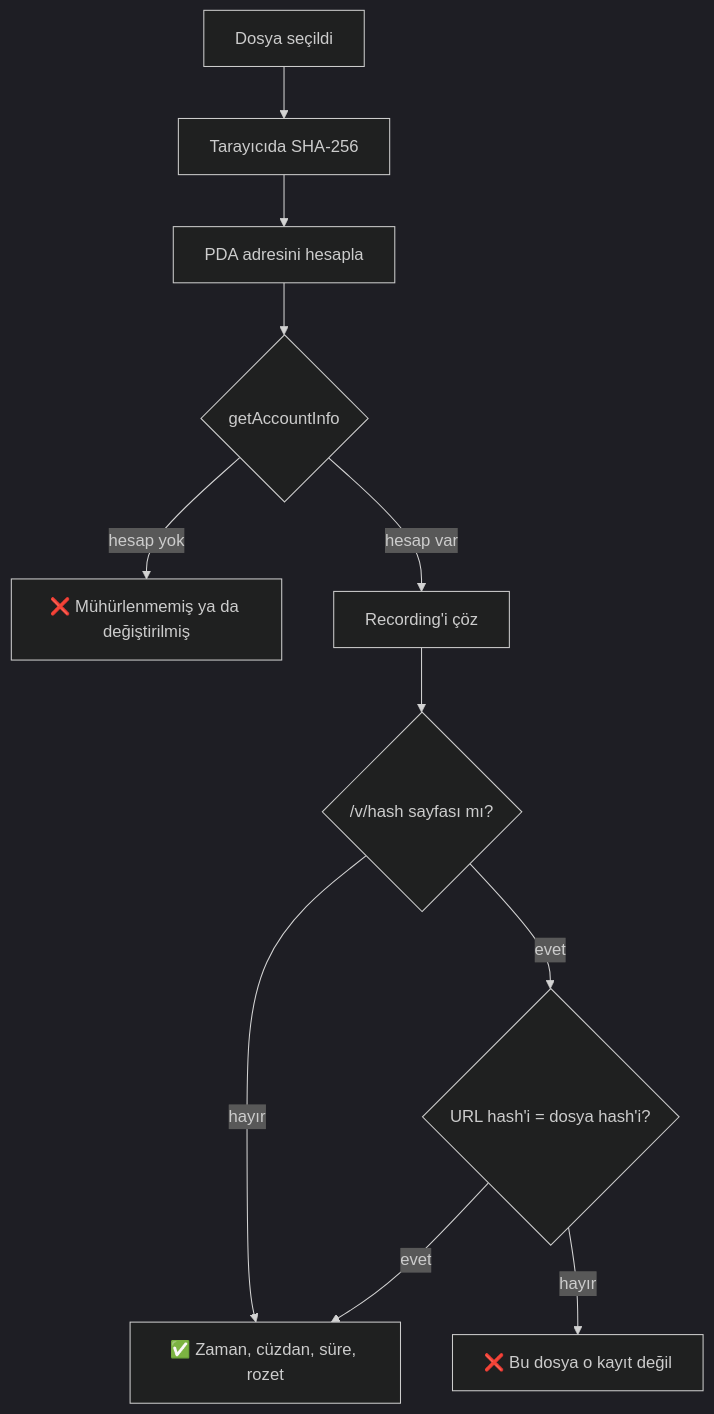
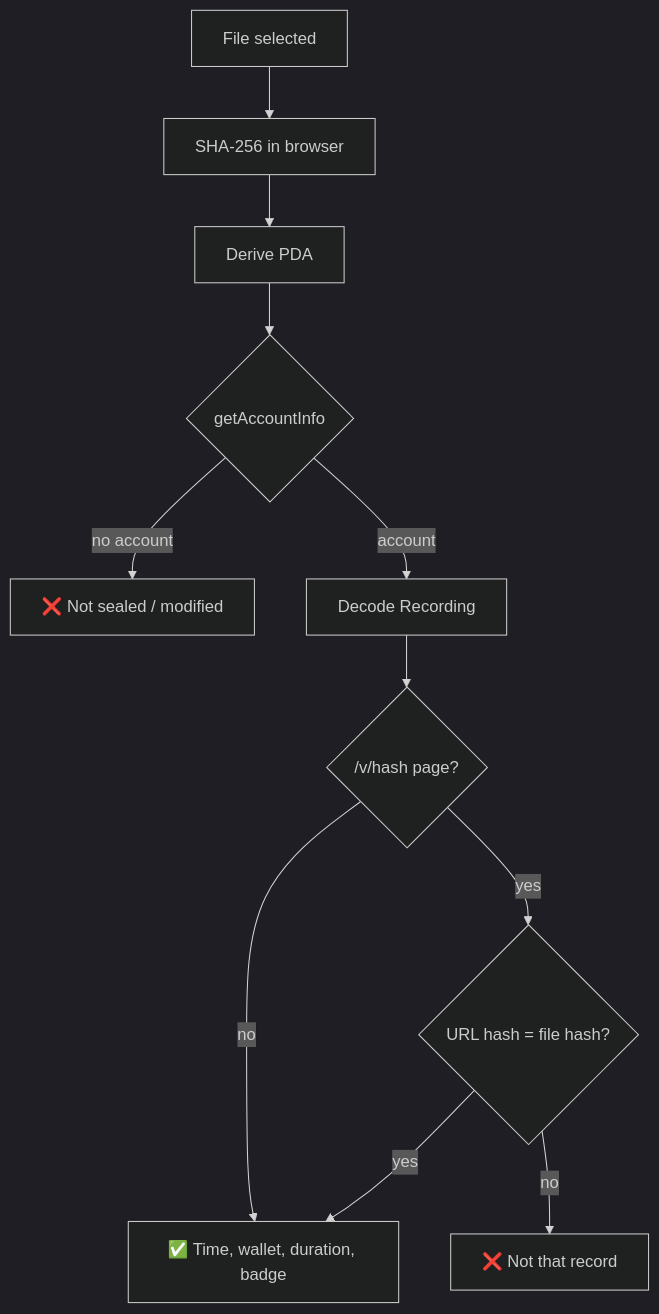
Before and after one commit to GTU-Blockchain/witness_dev3pack2026: the third of 3 diagrams in docs/TEKNIK_DOKUMAN.md, drawn with Mermaid (dark theme). The commit also changed other lines of this file and 7 other files, not shown here.

````diff
--- a/docs/TEKNIK_DOKUMAN.md
+++ b/docs/TEKNIK_DOKUMAN.md
@@ -223,13 +193,13 @@
 ```mermaid
 flowchart TD
-  F[Dosya seçildi] --> H[Tarayıcıda SHA-256]
-  H --> P[PDA adresini hesapla]
+  F[File selected] --> H[SHA-256 in browser]
+  H --> P[Derive PDA]
   P --> R{getAccountInfo}
-  R -- hesap yok --> X[❌ Mühürlenmemiş ya da değiştirilmiş]
-  R -- hesap var --> D[Recording'i çöz]
-  D --> L{/v/hash sayfası mı?}
-  L -- hayır --> OK[✅ Zaman, cüzdan, süre, rozet]
-  L -- evet --> C{URL hash'i = dosya hash'i?}
-  C -- evet --> OK
-  C -- hayır --> X2[❌ Bu dosya o kayıt değil]
+  R -- no account --> X[❌ Not sealed / modified]
+  R -- account --> D[Decode Recording]
+  D --> L{/v/hash page?}
+  L -- no --> OK[✅ Time, wallet, duration, badge]
+  L -- yes --> C{URL hash = file hash?}
+  C -- yes --> OK
+  C -- no --> X2[❌ Not that record]
 ```
````
